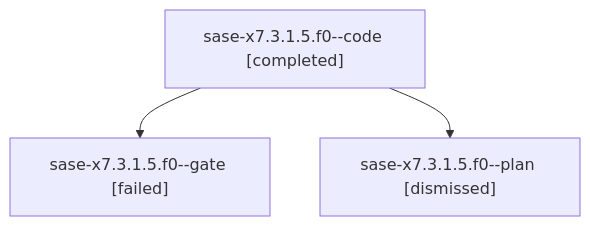
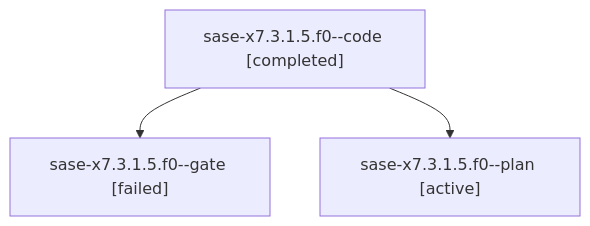
Before and after one commit to sase-org/sase--agents: the diagram in families/bbugyi200.athena.sase-x7.3.1.5.f0.md, drawn with Mermaid. The commit also changed other lines of this file and 35830 other files, not shown here.

````diff
--- a/families/bbugyi200.athena.sase-x7.3.1.5.f0.md
+++ b/families/bbugyi200.athena.sase-x7.3.1.5.f0.md
@@ -9,8 +9,8 @@
 ```mermaid
 flowchart TD
   n0["sase-x7.3.1.5.f0--code [completed]"]
   n1["sase-x7.3.1.5.f0--gate [failed]"]
   n0 --> n1
-  n2["sase-x7.3.1.5.f0--plan [dismissed]"]
+  n2["sase-x7.3.1.5.f0--plan [active]"]
   n0 --> n2
 ```
````
